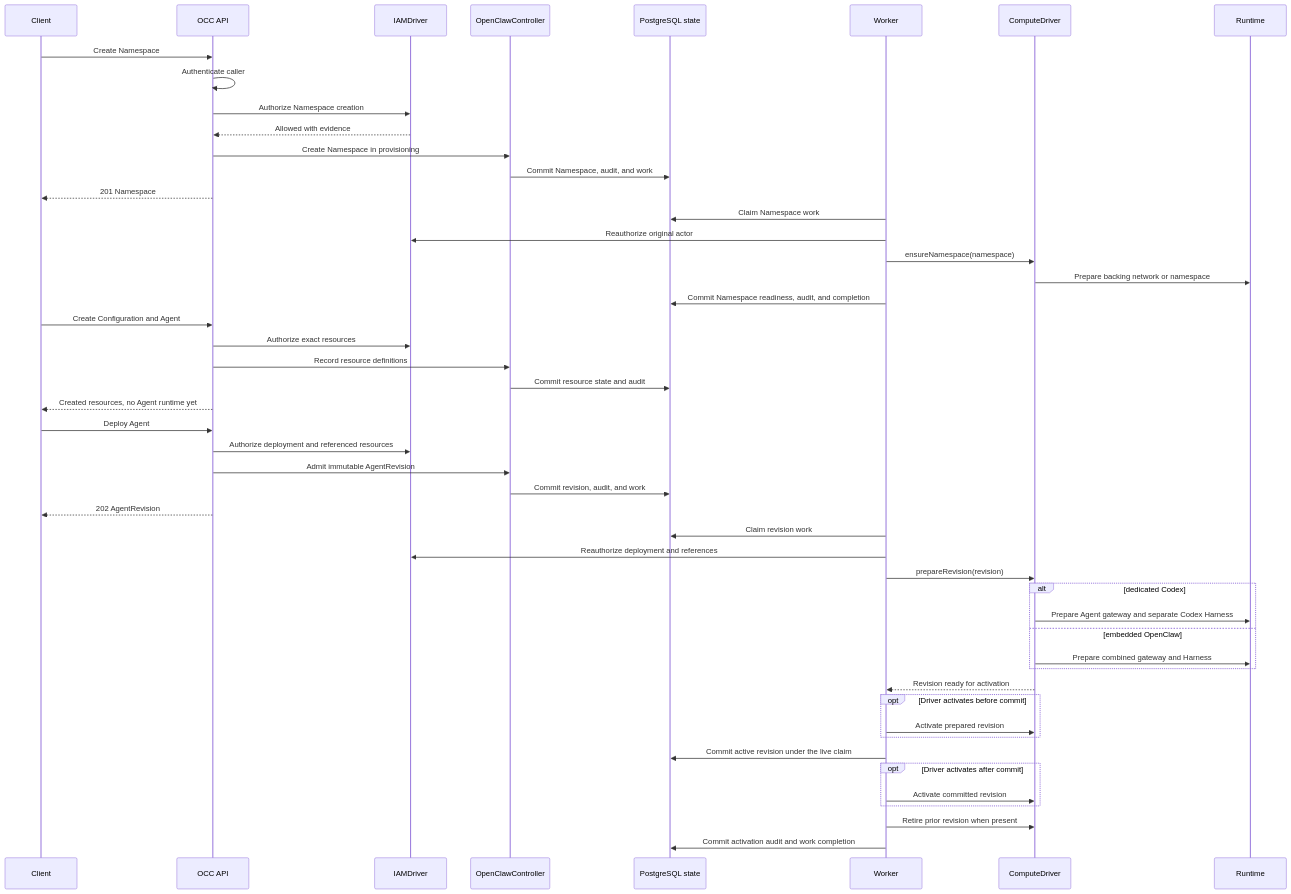
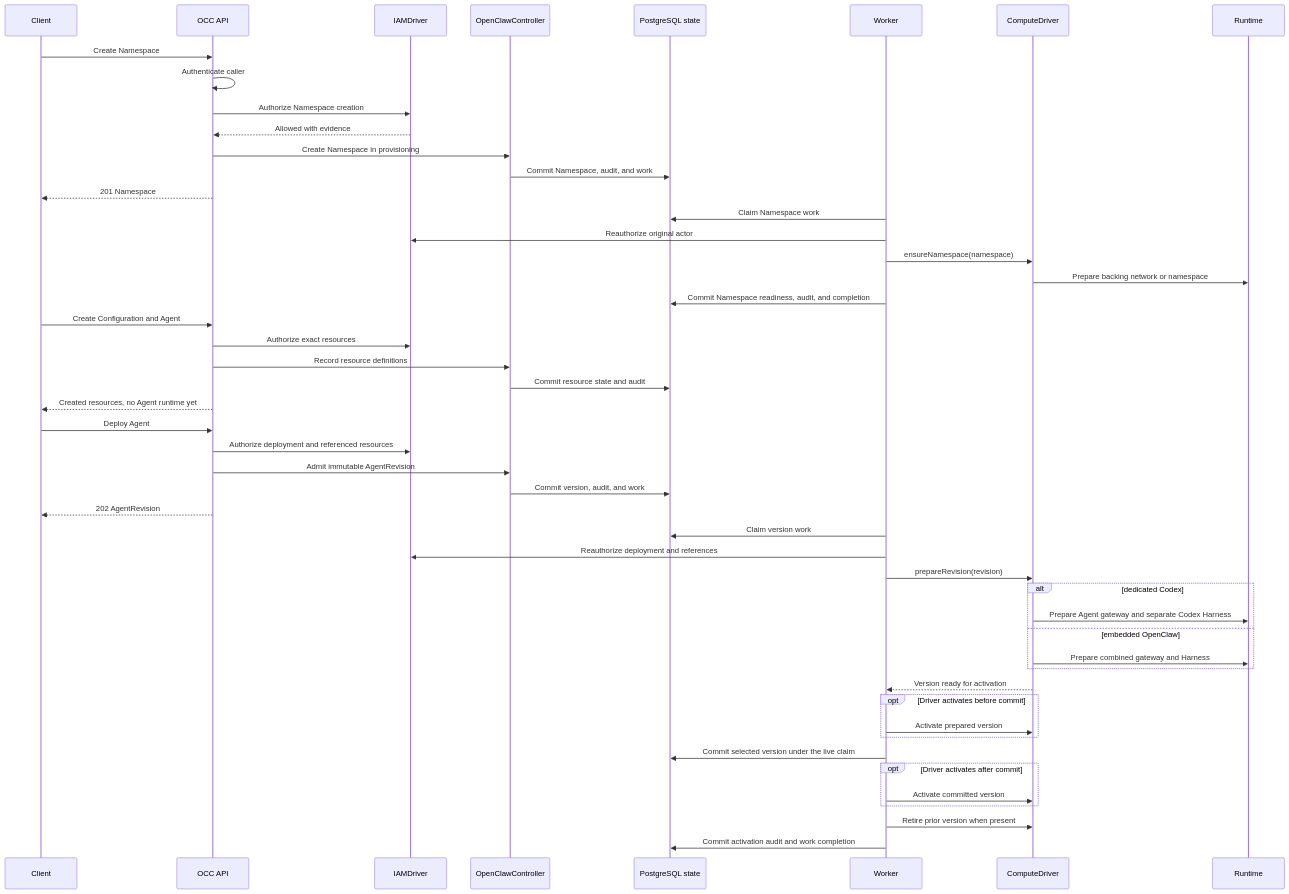
One commit to openclaw/openclaw-enterprise changed the diagram in docs/design/workloads.md. Above: the diagram before and after it, drawn with Mermaid. The commit also changed other lines of this file and 198 other files, not shown here.

````diff
--- a/docs/design/workloads.md
+++ b/docs/design/workloads.md
@@ -198,54 +195,54 @@
 ```mermaid
 sequenceDiagram
     participant Client
     participant API as OCC API
     participant IAM as IAMDriver
     participant OCC as OpenClawController
     participant DB as PostgreSQL state
     participant Worker
     participant Compute as ComputeDriver
     participant Runtime
 
     Client->>API: Create Namespace
     API->>API: Authenticate caller
     API->>IAM: Authorize Namespace creation
     IAM-->>API: Allowed with evidence
     API->>OCC: Create Namespace in provisioning
     OCC->>DB: Commit Namespace, audit, and work
     API-->>Client: 201 Namespace
     Worker->>DB: Claim Namespace work
     Worker->>IAM: Reauthorize original actor
     Worker->>Compute: ensureNamespace(namespace)
     Compute->>Runtime: Prepare backing network or namespace
     Worker->>DB: Commit Namespace readiness, audit, and completion
 
     Client->>API: Create Configuration and Agent
     API->>IAM: Authorize exact resources
     API->>OCC: Record resource definitions
     OCC->>DB: Commit resource state and audit
     API-->>Client: Created resources, no Agent runtime yet
 
     Client->>API: Deploy Agent
     API->>IAM: Authorize deployment and referenced resources
     API->>OCC: Admit immutable AgentRevision
-    OCC->>DB: Commit revision, audit, and work
+    OCC->>DB: Commit version, audit, and work
     API-->>Client: 202 AgentRevision
-    Worker->>DB: Claim revision work
+    Worker->>DB: Claim version work
     Worker->>IAM: Reauthorize deployment and references
     Worker->>Compute: prepareRevision(revision)
     alt dedicated Codex
         Compute->>Runtime: Prepare Agent gateway and separate Codex Harness
     else embedded OpenClaw
         Compute->>Runtime: Prepare combined gateway and Harness
     end
-    Compute-->>Worker: Revision ready for activation
+    Compute-->>Worker: Version ready for activation
     opt Driver activates before commit
-        Worker->>Compute: Activate prepared revision
+        Worker->>Compute: Activate prepared version
     end
-    Worker->>DB: Commit active revision under the live claim
+    Worker->>DB: Commit selected version under the live claim
     opt Driver activates after commit
-        Worker->>Compute: Activate committed revision
+        Worker->>Compute: Activate committed version
     end
-    Worker->>Compute: Retire prior revision when present
+    Worker->>Compute: Retire prior version when present
     Worker->>DB: Commit activation audit and work completion
 ```
````
